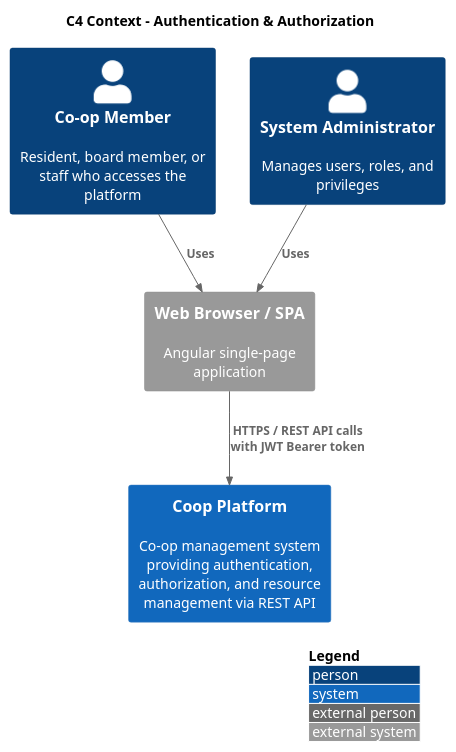
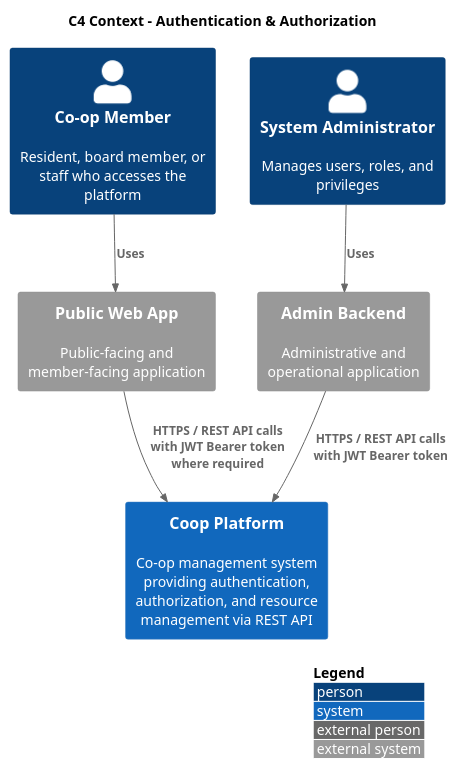
The diagram in docs/detailed-designs/02-authentication-and-authorization/c4-context.puml (QuinntyneBrown/Coop), drawn with PlantUML before and after one commit. The commit also changed 4 other files, not shown here.

Commit message:
Update auth, role management, event sourcing diagrams and solution hierarchy

```diff
--- a/docs/detailed-designs/02-authentication-and-authorization/c4-context.puml
+++ b/docs/detailed-designs/02-authentication-and-authorization/c4-context.puml
@@ -1,19 +1,20 @@
 @startuml
 !include https://raw.githubusercontent.com/plantuml-stdlib/C4-PlantUML/master/C4_Context.puml
 
 LAYOUT_WITH_LEGEND()
 
 title C4 Context - Authentication & Authorization
 
 Person(member, "Co-op Member", "Resident, board member, or staff who accesses the platform")
 Person(admin, "System Administrator", "Manages users, roles, and privileges")
 
 System(coop, "Coop Platform", "Co-op management system providing authentication, authorization, and resource management via REST API")
+System_Ext(publicApp, "Public Web App", "Public-facing and member-facing application")
+System_Ext(adminApp, "Admin Backend", "Administrative and operational application")
 
-System_Ext(browser, "Web Browser / SPA", "Angular single-page application")
-
-Rel(member, browser, "Uses")
-Rel(admin, browser, "Uses")
-Rel(browser, coop, "HTTPS / REST API calls with JWT Bearer token")
+Rel(member, publicApp, "Uses")
+Rel(admin, adminApp, "Uses")
+Rel(publicApp, coop, "HTTPS / REST API calls with JWT Bearer token where required")
+Rel(adminApp, coop, "HTTPS / REST API calls with JWT Bearer token")
 
 @enduml
```
